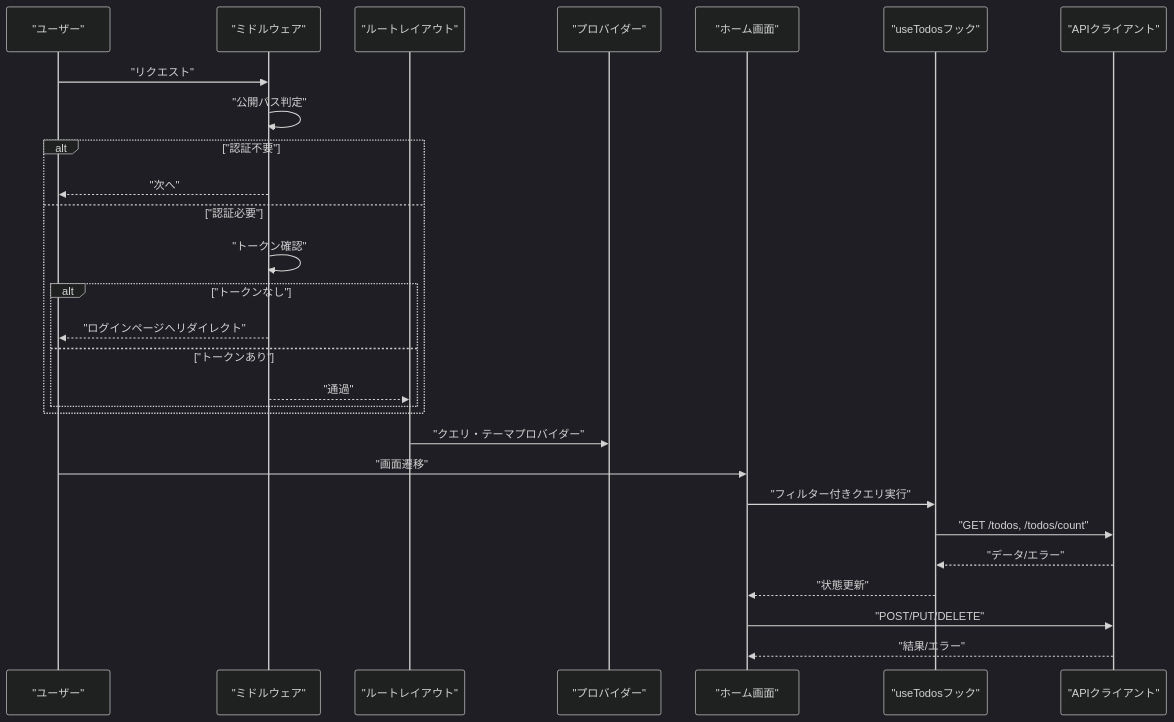
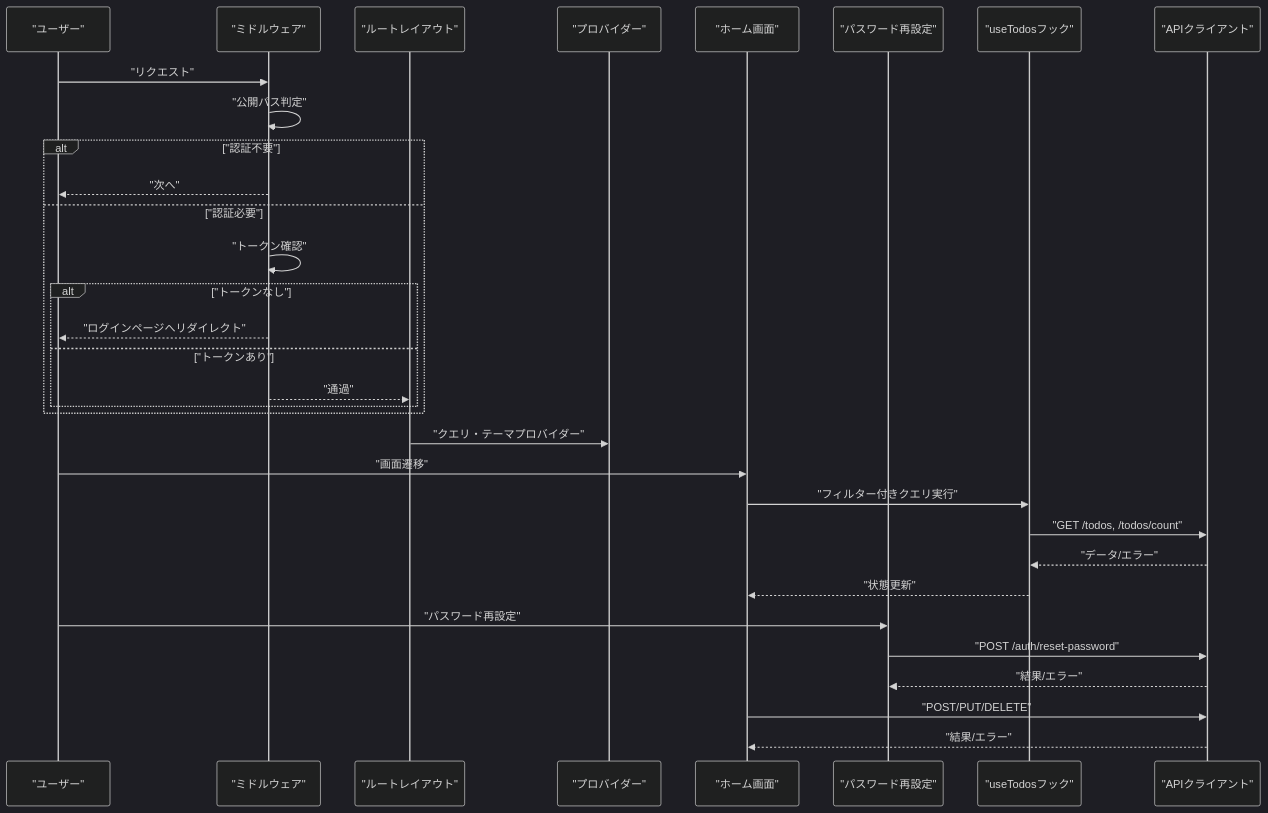
Before and after one commit to ss8806/Todos: the second of 9 diagrams in .qoder/repowiki/ja/content/フロントエンドアーキテクチャ/フロントエンドアーキテクチャ.md, drawn with Mermaid (dark theme). The commit also changed other lines of this file and 35 other files, not shown here.

````diff
--- a/.qoder/repowiki/ja/content/フロントエンドアーキテクチャ/フロントエンドアーキテクチャ.md
+++ b/.qoder/repowiki/ja/content/フロントエンドアーキテクチャ/フロントエンドアーキテクチャ.md
@@ -130,30 +190,34 @@
 ```mermaid
 sequenceDiagram
 participant U as "ユーザー"
 participant MW as "ミドルウェア"
 participant L as "ルートレイアウト"
 participant PR as "プロバイダー"
 participant PG as "ホーム画面"
+participant RP as "パスワード再設定"
 participant HK as "useTodosフック"
 participant API as "APIクライアント"
 U->>MW : "リクエスト"
 MW->>MW : "公開パス判定"
 alt "認証不要"
 MW-->>U : "次へ"
 else "認証必要"
 MW->>MW : "トークン確認"
 alt "トークンなし"
 MW-->>U : "ログインページへリダイレクト"
 else "トークンあり"
 MW-->>L : "通過"
 end
 end
 L->>PR : "クエリ・テーマプロバイダー"
 U->>PG : "画面遷移"
 PG->>HK : "フィルター付きクエリ実行"
 HK->>API : "GET /todos, /todos/count"
 API-->>HK : "データ/エラー"
 HK-->>PG : "状態更新"
+U->>RP : "パスワード再設定"
+RP->>API : "POST /auth/reset-password"
+API-->>RP : "結果/エラー"
 PG->>API : "POST/PUT/DELETE"
 API-->>PG : "結果/エラー"
 ```
````
